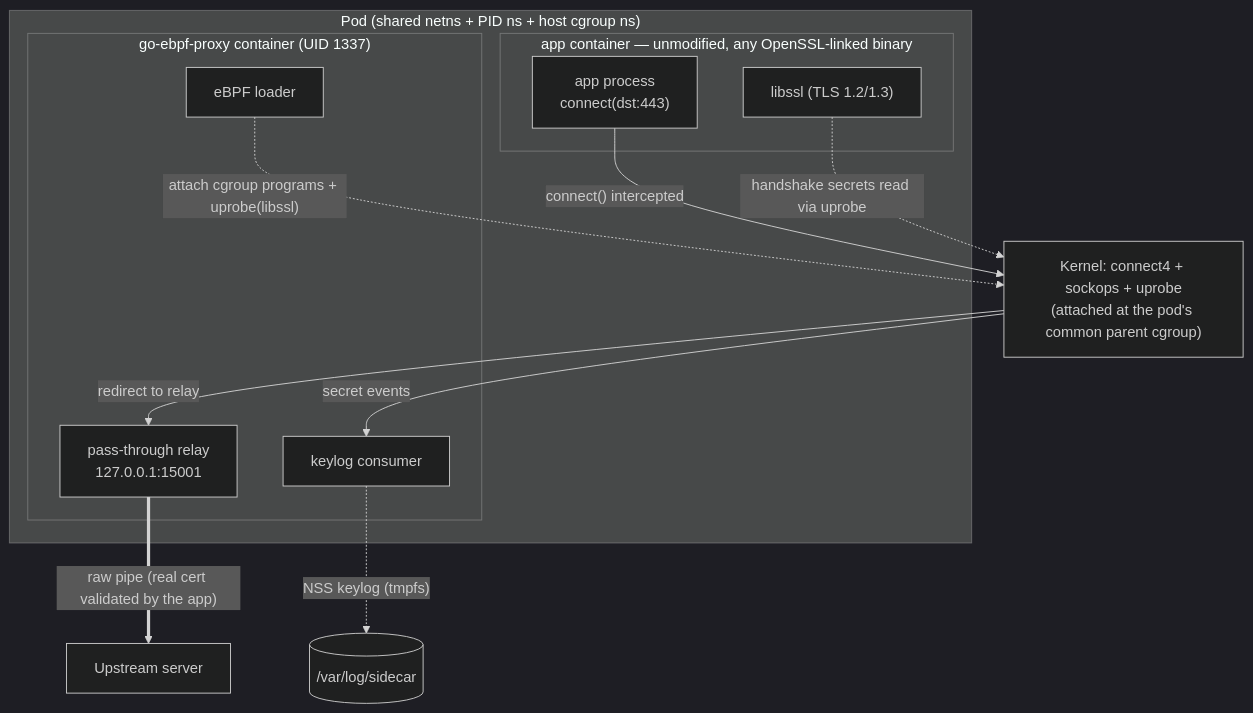
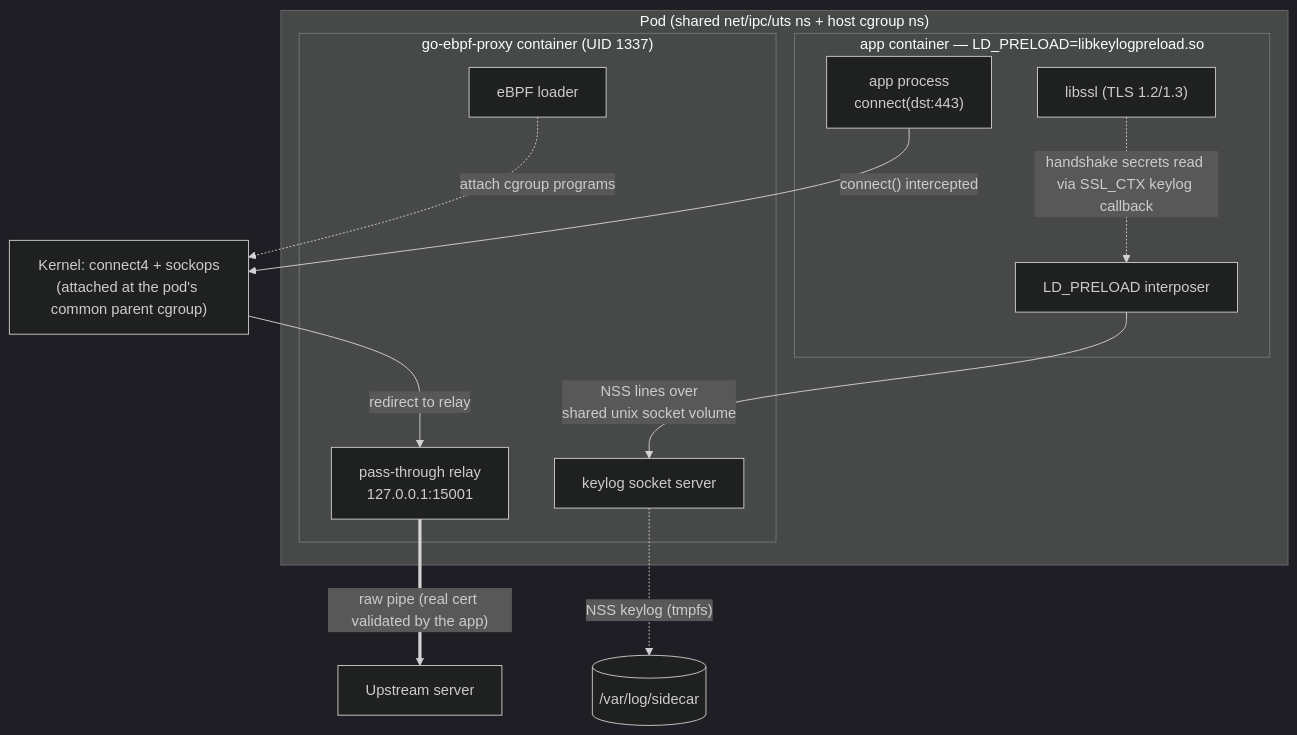
The second of 2 diagrams in README.md (mesbrj/GO-eBPF-Proxy), drawn with Mermaid (dark theme) before and after one commit. The commit also changed other lines of this file, not shown here.

Commit message:
docs(readme): describe the LD_PRELOAD keylog interposer (AD-010)

````diff
--- a/README.md
+++ b/README.md
@@ -54,23 +57,24 @@
 ```mermaid
 flowchart TB
-    subgraph pod["Pod (shared netns + PID ns + host cgroup ns)"]
-        subgraph appc["app container — unmodified, any OpenSSL-linked binary"]
+    subgraph pod["Pod (shared net/ipc/uts ns + host cgroup ns)"]
+        subgraph appc["app container — LD_PRELOAD=libkeylogpreload.so"]
             app["app process<br/>connect(dst:443)"]
             libssl["libssl (TLS 1.2/1.3)"]
+            interposer["LD_PRELOAD interposer"]
         end
         subgraph sidecar["go-ebpf-proxy container (UID 1337)"]
             loader["eBPF loader"]
             relay["pass-through relay<br/>127.0.0.1:15001"]
-            keylog["keylog consumer"]
+            keylog["keylog socket server"]
         end
     end
-    kernel["Kernel: connect4 + sockops + uprobe<br/>(attached at the pod's common parent cgroup)"]
+    kernel["Kernel: connect4 + sockops<br/>(attached at the pod's common parent cgroup)"]
 
     app -- "connect() intercepted" --> kernel
     kernel -- "redirect to relay" --> relay
-    libssl -. "handshake secrets read via uprobe" .-> kernel
-    kernel -- "secret events" --> keylog
-    loader -. "attach cgroup programs + uprobe(libssl)" .-> kernel
+    libssl -. "handshake secrets read via SSL_CTX keylog callback" .-> interposer
+    interposer -- "NSS lines over<br/>shared unix socket volume" --> keylog
+    loader -. "attach cgroup programs" .-> kernel
     relay == "raw pipe (real cert validated by the app)" ==> upstream["Upstream server"]
     keylog -. "NSS keylog (tmpfs)" .-> disk[("/var/log/sidecar")]
 ```
````
